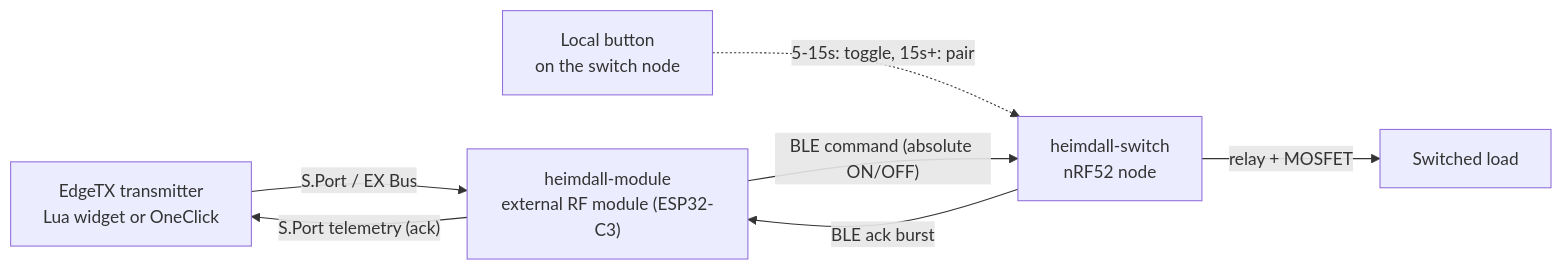
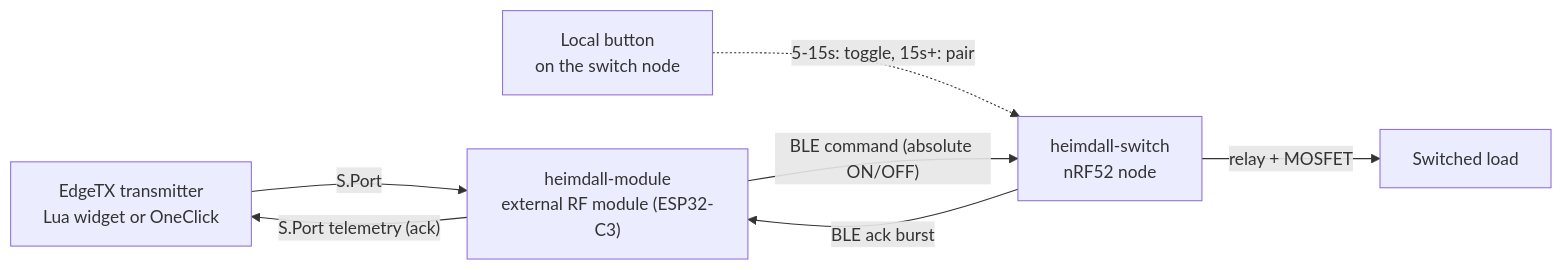
Before and after one commit to heimdall-suite/heimdall-switch: the diagram in README.md, drawn with Mermaid.

Commit message:
Drop EX Bus from README diagram
heimdall-switch's trigger path is S.Port only, not EX Bus.

````diff
--- a/README.md
+++ b/README.md
@@ -15,15 +15,15 @@
 ```mermaid
 flowchart LR
     TX["EdgeTX transmitter<br/>Lua widget or OneClick"]
     BTN["Local button<br/>on the switch node"]
     MOD["heimdall-module<br/>external RF module (ESP32-C3)"]
     SW["heimdall-switch<br/>nRF52 node"]
     LOAD["Switched load"]
 
-    TX -- "S.Port / EX Bus" --> MOD
+    TX -- "S.Port" --> MOD
     MOD -- "BLE command (absolute ON/OFF)" --> SW
     SW -- "relay + MOSFET" --> LOAD
     SW -- "BLE ack burst" --> MOD
     MOD -- "S.Port telemetry (ack)" --> TX
     BTN -. "5-15s: toggle, 15s+: pair" .-> SW
 ```
````
